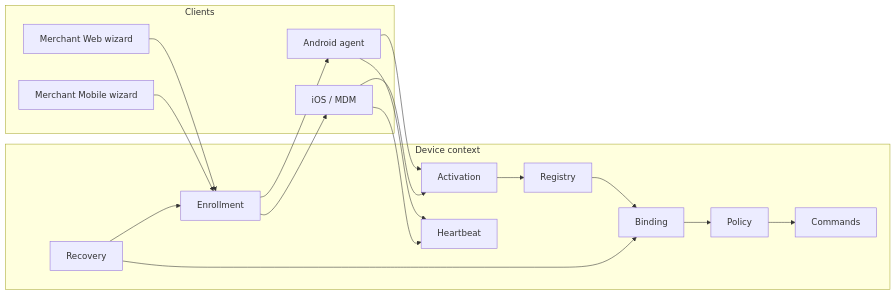
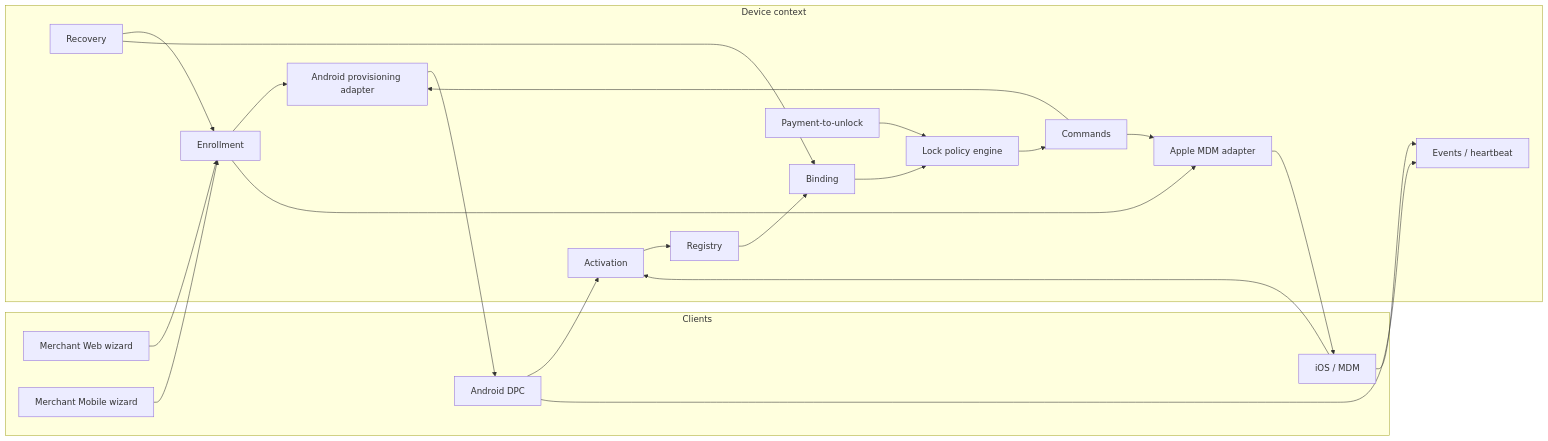
Before and after one commit to bigboss27051/mobile-installment-platform: the diagram in docs/device-management/DEVICE-PROVISIONING-ENROLLMENT.md, drawn with Mermaid. The commit also changed other lines of this file and 113 other files, not shown here.

First line of the commit message:
feat(customer-mobile): enhance lock status and payment intent features

````diff
--- a/docs/device-management/DEVICE-PROVISIONING-ENROLLMENT.md
+++ b/docs/device-management/DEVICE-PROVISIONING-ENROLLMENT.md
@@ -38,33 +42,41 @@
 ```mermaid
 flowchart LR
   subgraph clients [Clients]
     MW[Merchant Web wizard]
     MM[Merchant Mobile wizard]
-    DPC[Android agent]
+    DPC[Android DPC]
     iOS[iOS / MDM]
   end
   subgraph device [Device context]
     ENR[Enrollment]
     ACT[Activation]
     REG[Registry]
     BIND[Binding]
-    POL[Policy]
+    POL[Lock policy engine]
     CMD[Commands]
-    HB[Heartbeat]
+    HB[Events / heartbeat]
     REC[Recovery]
+    P2U[Payment-to-unlock]
+    AAD[Android provisioning adapter]
+    IAD[Apple MDM adapter]
   end
   MW --> ENR
   MM --> ENR
-  ENR --> DPC
-  ENR --> iOS
+  ENR --> AAD
+  ENR --> IAD
+  AAD --> DPC
+  IAD --> iOS
   DPC --> ACT
   iOS --> ACT
   ACT --> REG
   REG --> BIND
   BIND --> POL
   POL --> CMD
+  CMD --> AAD
+  CMD --> IAD
+  P2U --> POL
   DPC --> HB
   iOS --> HB
   REC --> ENR
   REC --> BIND
 ```
````
